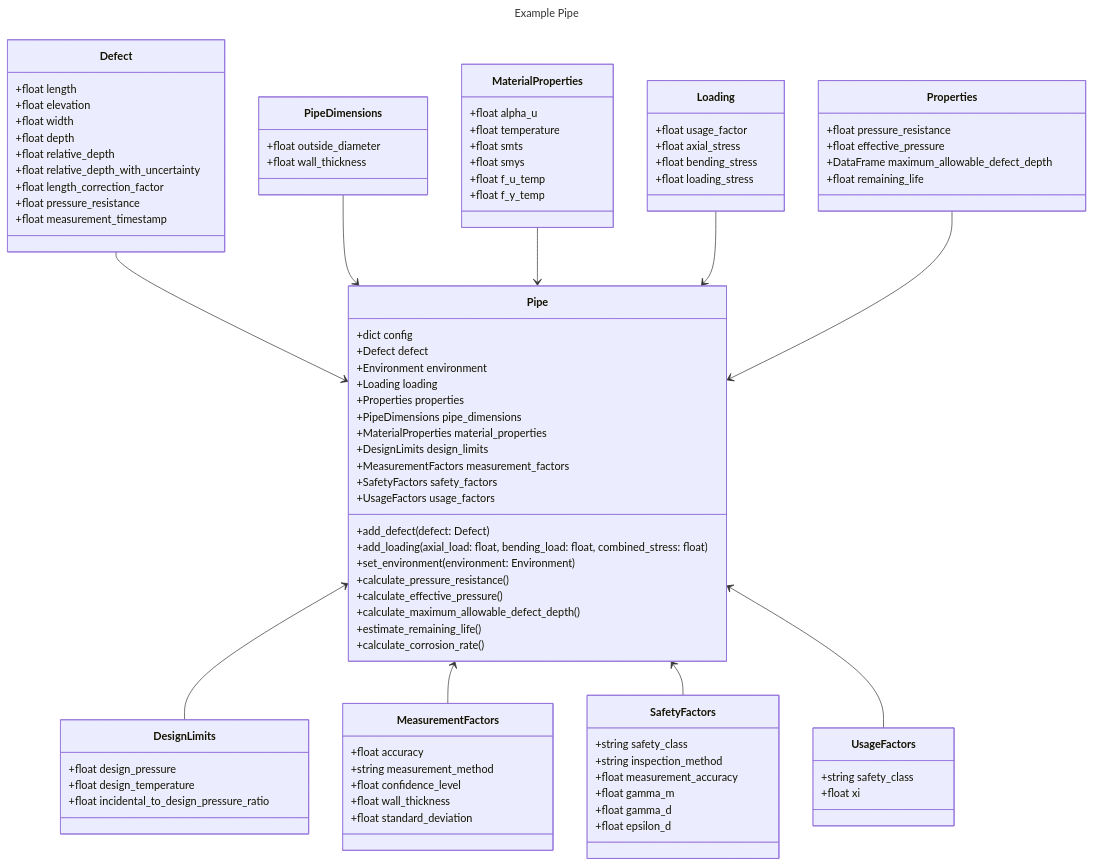
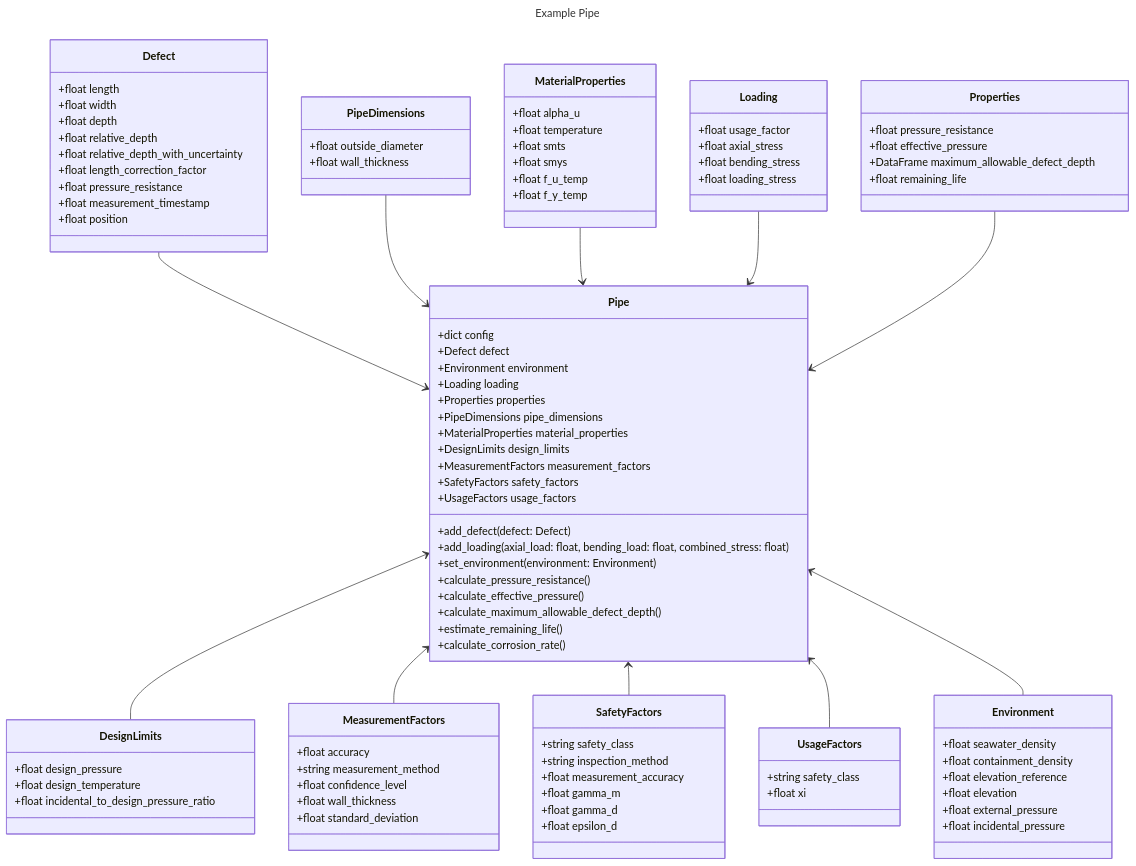
One commit to nicholaslimck/corrosion-analyser changed the second of 2 diagrams in README.md. Above: the diagram before and after it, drawn with Mermaid. The commit also changed 3 other files, not shown here.

```diff
--- a/README.md
+++ b/README.md
@@ -114,7 +114,6 @@
     }
     class Defect{
         +float length
-        +float elevation
         +float width
         +float depth
         +float relative_depth
@@ -122,6 +121,7 @@
         +float length_correction_factor
         +float pressure_resistance
         +float measurement_timestamp
+        +float position
     }
     Defect --> Pipe
     class PipeDimensions{
@@ -166,6 +166,15 @@
         +float xi
     }
     Pipe <-- UsageFactors
+    class Environment{
+        +float seawater_density
+        +float containment_density
+        +float elevation_reference
+        +float elevation
+        +float external_pressure
+        +float incidental_pressure
+    }
+    Pipe <-- Environment
     class Loading{
         +float usage_factor
         +float axial_stress
```
